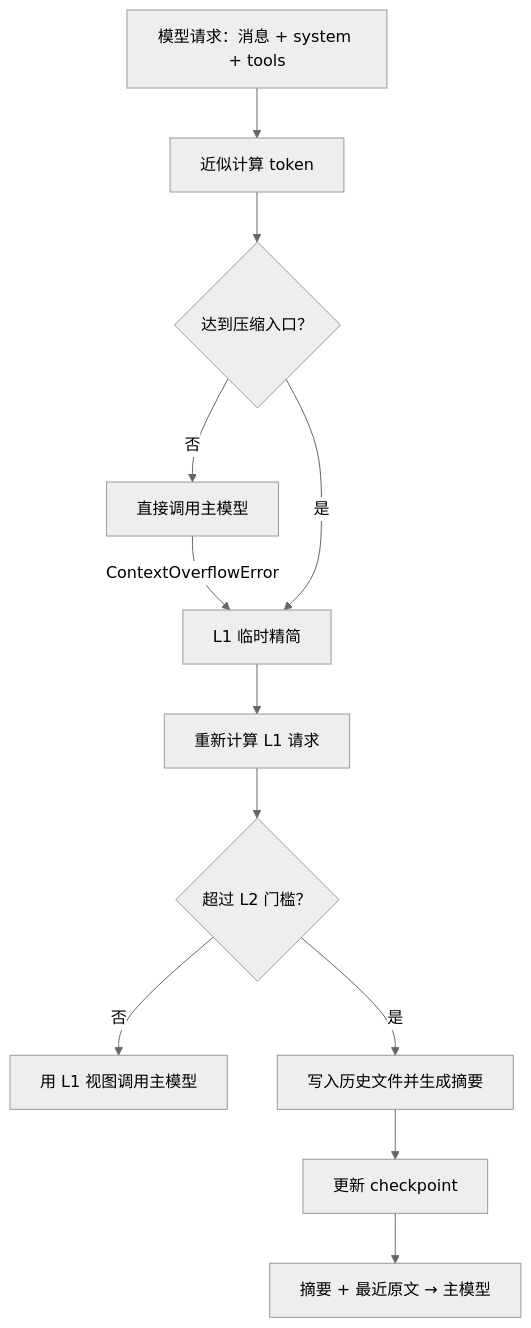
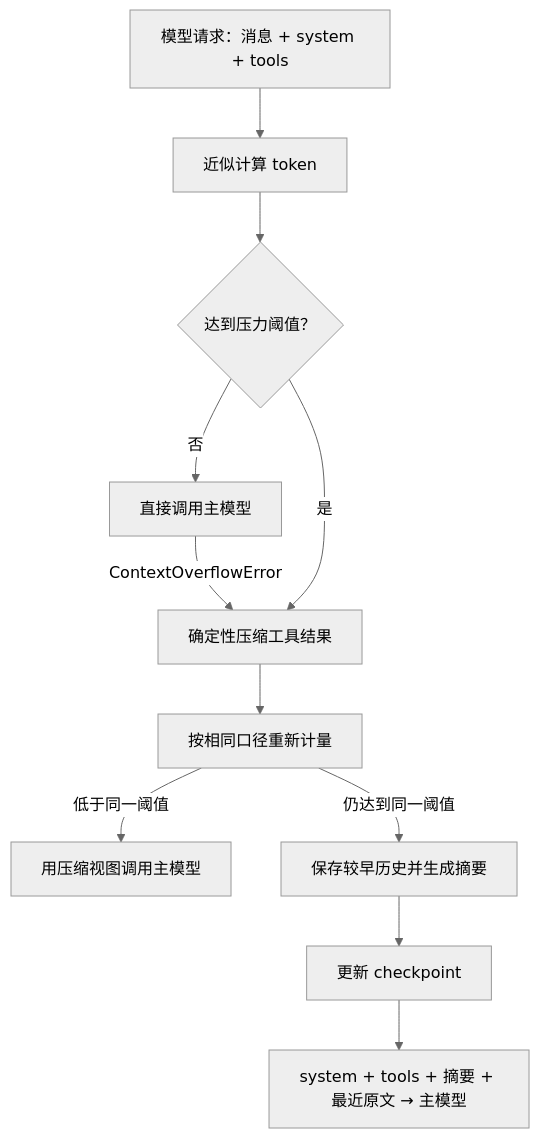
The diagram in docs/mechanisms/context-compression.md (Mr-H-00/ZS-Hermes), drawn with Mermaid (neutral theme) before and after one commit. The commit also changed other lines of this file and 30 other files, not shown here.

````diff
--- a/docs/mechanisms/context-compression.md
+++ b/docs/mechanisms/context-compression.md
@@ -13,14 +13,13 @@
 ```mermaid
 flowchart TD
     Request["模型请求：消息 + system + tools"] --> Count["近似计算 token"]
-    Count --> Entry{"达到压缩入口？"}
+    Count --> Entry{"达到压力阈值？"}
     Entry -- "否" --> Model["直接调用主模型"]
-    Model -- "ContextOverflowError" --> L1["L1 临时精简"]
-    Entry -- "是" --> L1
-    L1 --> Recount["重新计算 L1 请求"]
-    Recount --> L2{"超过 L2 门槛？"}
-    L2 -- "否" --> ModelL1["用 L1 视图调用主模型"]
-    L2 -- "是" --> History["写入历史文件并生成摘要"]
-    History --> State["更新 checkpoint"]
-    State --> ModelSummary["摘要 + 最近原文 → 主模型"]
+    Model -- "ContextOverflowError" --> Compact["确定性压缩工具结果"]
+    Entry -- "是" --> Compact
+    Compact --> Recount["按相同口径重新计量"]
+    Recount -- "低于同一阈值" --> ModelCompact["用压缩视图调用主模型"]
+    Recount -- "仍达到同一阈值" --> Summary["保存较早历史并生成摘要"]
+    Summary --> State["更新 checkpoint"]
+    State --> ModelSummary["system + tools + 摘要 + 最近原文 → 主模型"]
 ```
````
